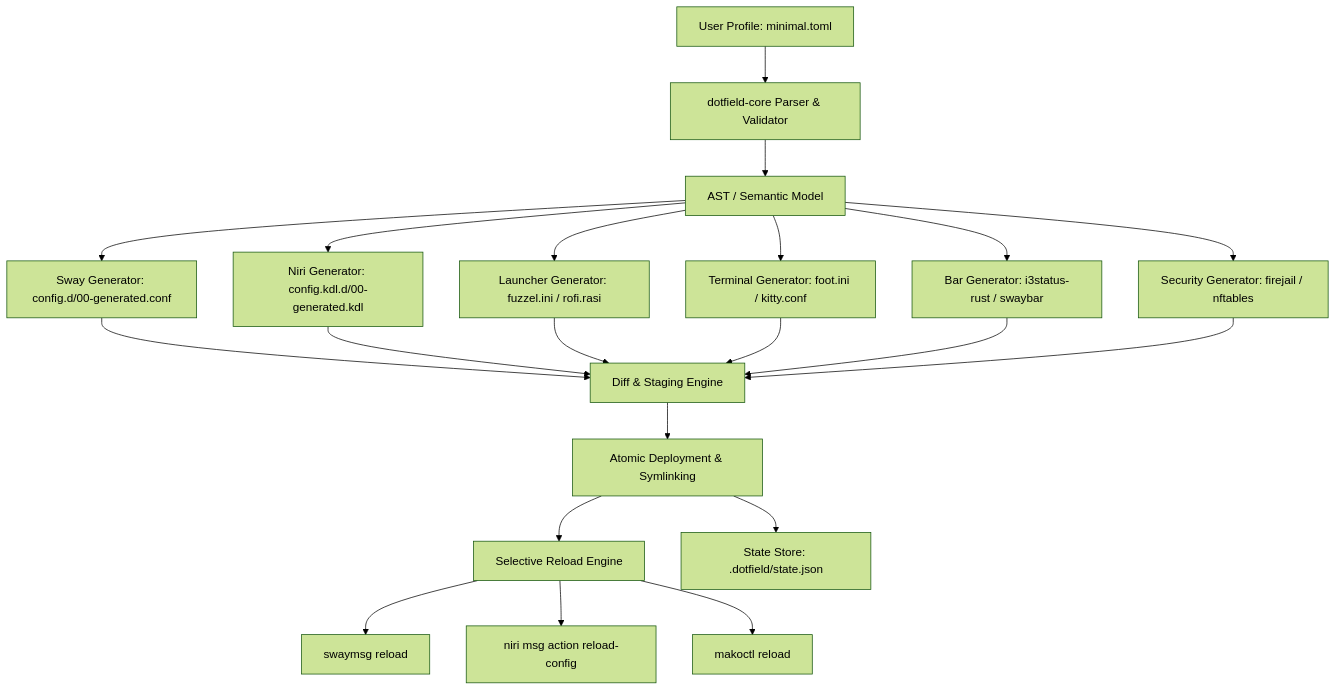
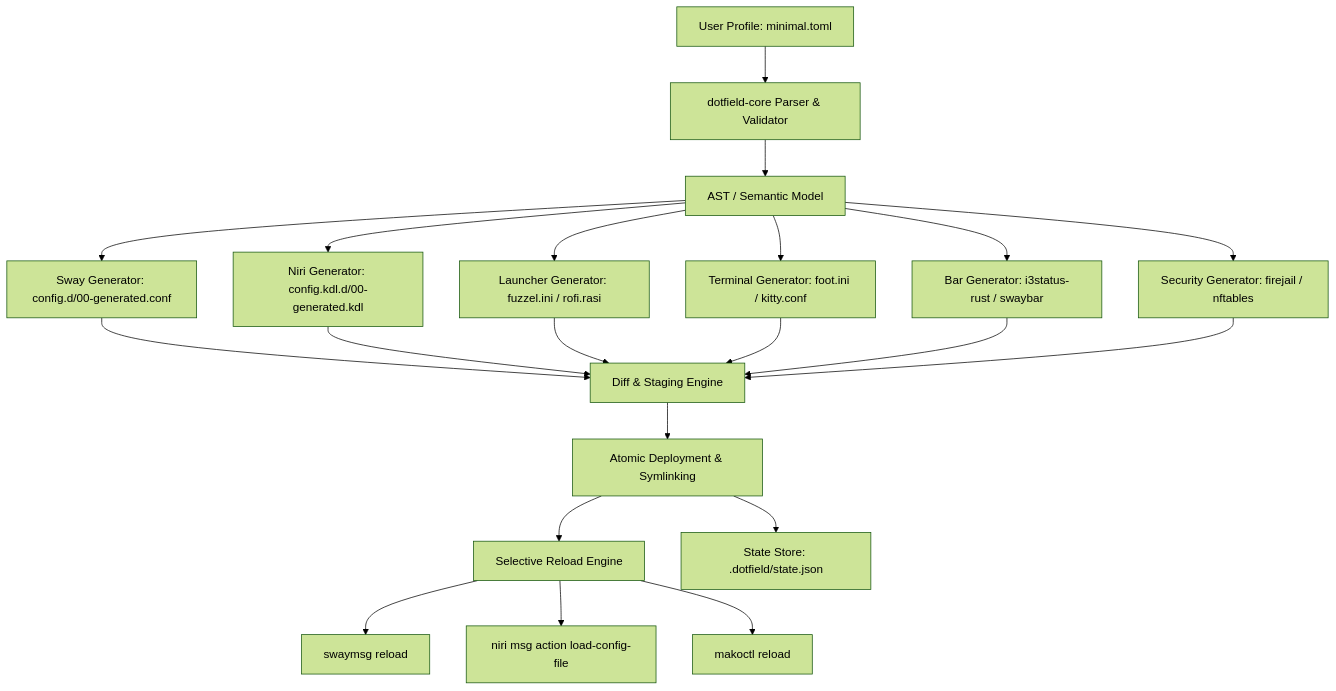
One commit to Hypokoto/dotfield changed the diagram in docs/ARCHITECTURE.md. Above: the diagram before and after it, drawn with Mermaid (forest theme). The commit also changed other lines of this file and 70 other files, not shown here.

````diff
--- a/docs/ARCHITECTURE.md
+++ b/docs/ARCHITECTURE.md
@@ -9,19 +9,19 @@
 ```mermaid
 flowchart TD
     A[User Profile: minimal.toml] --> B[dotfield-core Parser & Validator]
     B --> C[AST / Semantic Model]
     C --> D1[Sway Generator: config.d/00-generated.conf]
     C --> D2[Niri Generator: config.kdl.d/00-generated.kdl]
     C --> D3[Launcher Generator: fuzzel.ini / rofi.rasi]
     C --> D4[Terminal Generator: foot.ini / kitty.conf]
     C --> D5[Bar Generator: i3status-rust / swaybar]
     C --> D6[Security Generator: firejail / nftables]
 
     D1 & D2 & D3 & D4 & D5 & D6 --> E[Diff & Staging Engine]
     E --> F[Atomic Deployment & Symlinking]
     F --> G[Selective Reload Engine]
     G --> H1[swaymsg reload]
-    G --> H2[niri msg action reload-config]
+    G --> H2[niri msg action load-config-file]
     G --> H3[makoctl reload]
     F --> I[State Store: .dotfield/state.json]
 ```
````
